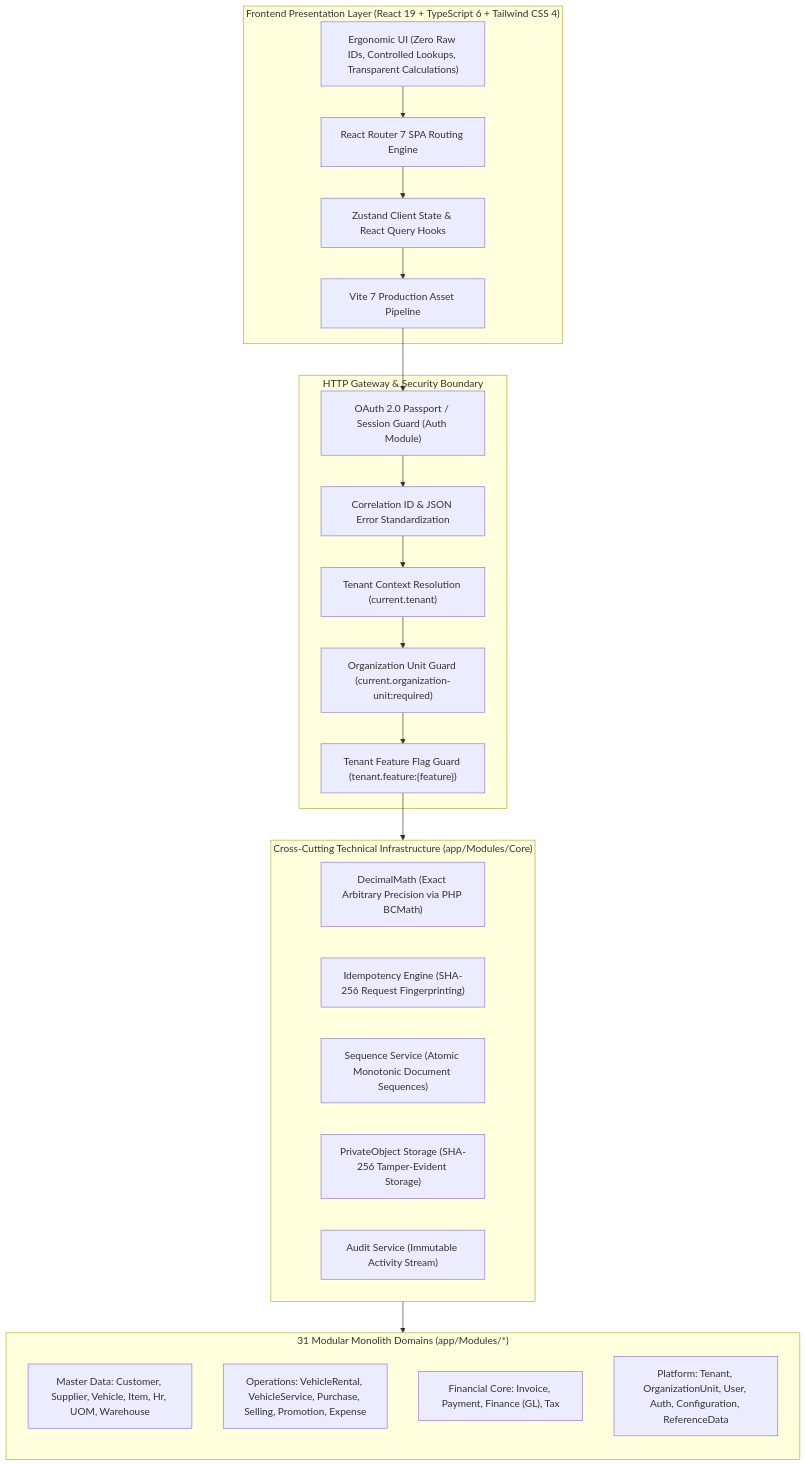
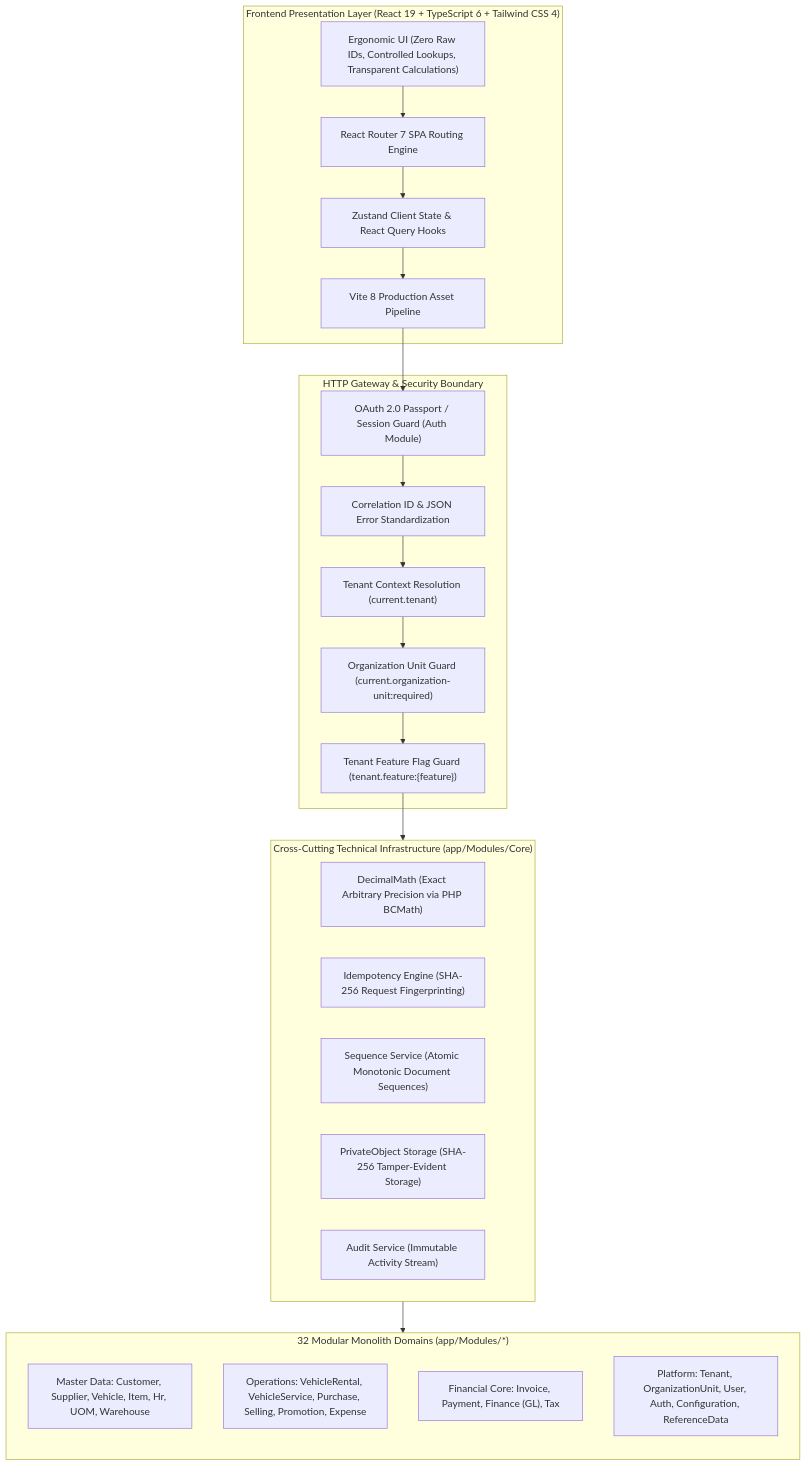
Before and after one commit to kasunvimarshana/AutoERP: the first of 4 diagrams in docs/project_knowledgebase.md, drawn with Mermaid. The commit also changed other lines of this file and 51 other files, not shown here.

````diff
--- a/docs/project_knowledgebase.md
+++ b/docs/project_knowledgebase.md
@@ -123,44 +123,44 @@
 ```mermaid
 flowchart TD
     subgraph Client["Frontend Presentation Layer (React 19 + TypeScript 6 + Tailwind CSS 4)"]
         UI["Ergonomic UI (Zero Raw IDs, Controlled Lookups, Transparent Calculations)"]
         ROUTER["React Router 7 SPA Routing Engine"]
         STORES["Zustand Client State & React Query Hooks"]
-        VITE["Vite 7 Production Asset Pipeline"]
+        VITE["Vite 8 Production Asset Pipeline"]
         UI --> ROUTER
         ROUTER --> STORES
         STORES --> VITE
     end
 
     subgraph Gateway["HTTP Gateway & Security Boundary"]
         AUTH_MID["OAuth 2.0 Passport / Session Guard (Auth Module)"]
         CORRELATION["Correlation ID & JSON Error Standardization"]
         TENANT_MID["Tenant Context Resolution (current.tenant)"]
         ORG_MID["Organization Unit Guard (current.organization-unit:required)"]
         FEATURE_MID["Tenant Feature Flag Guard (tenant.feature:{feature})"]
         VITE --> AUTH_MID
         AUTH_MID --> CORRELATION
         CORRELATION --> TENANT_MID
         TENANT_MID --> ORG_MID
         ORG_MID --> FEATURE_MID
     end
 
     subgraph Foundation["Cross-Cutting Technical Infrastructure (app/Modules/Core)"]
         DECIMAL["DecimalMath (Exact Arbitrary Precision via PHP BCMath)"]
         IDEMP["Idempotency Engine (SHA-256 Request Fingerprinting)"]
         SEQ["Sequence Service (Atomic Monotonic Document Sequences)"]
         PRIV["PrivateObject Storage (SHA-256 Tamper-Evident Storage)"]
         AUDIT["Audit Service (Immutable Activity Stream)"]
     end
 
-    subgraph DomainModules["31 Modular Monolith Domains (app/Modules/*)"]
+    subgraph DomainModules["32 Modular Monolith Domains (app/Modules/*)"]
         direction TB
         MASTER["Master Data: Customer, Supplier, Vehicle, Item, Hr, UOM, Warehouse"]
         OPERATIONS["Operations: VehicleRental, VehicleService, Purchase, Selling, Promotion, Expense"]
         FINANCE["Financial Core: Invoice, Payment, Finance (GL), Tax"]
         PLATFORM["Platform: Tenant, OrganizationUnit, User, Auth, Configuration, ReferenceData"]
     end
 
     FEATURE_MID --> Foundation
     Foundation --> DomainModules
 ```
````
